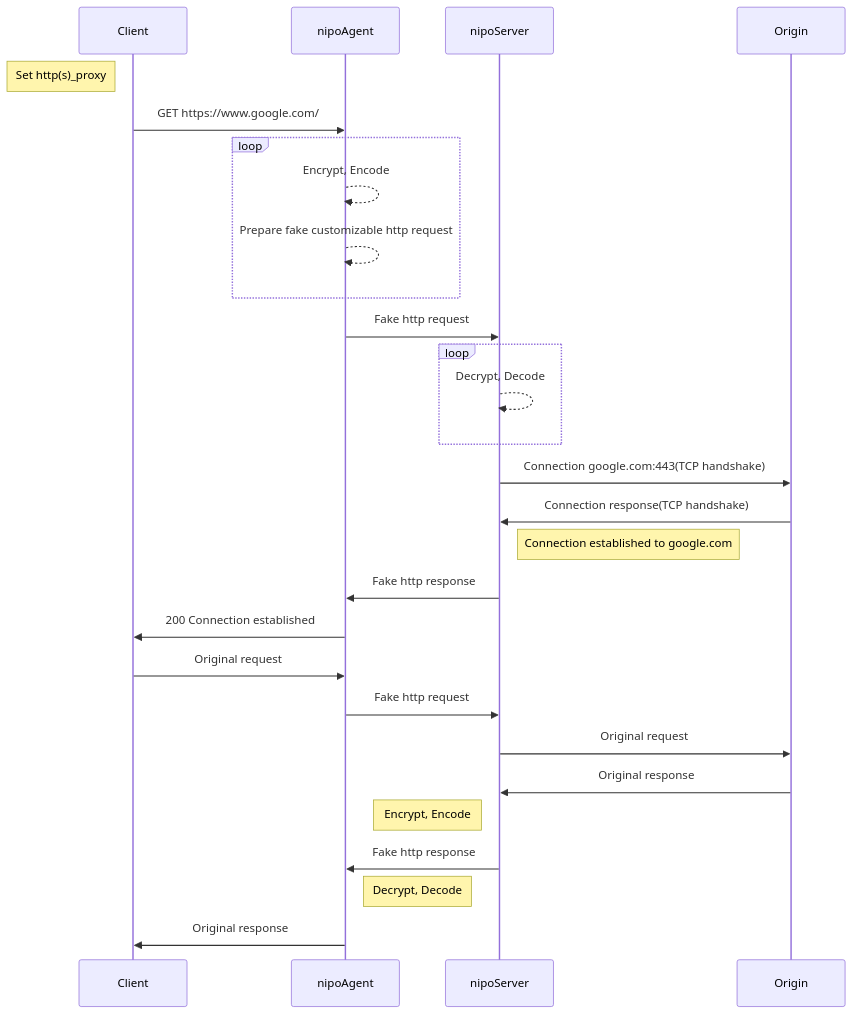
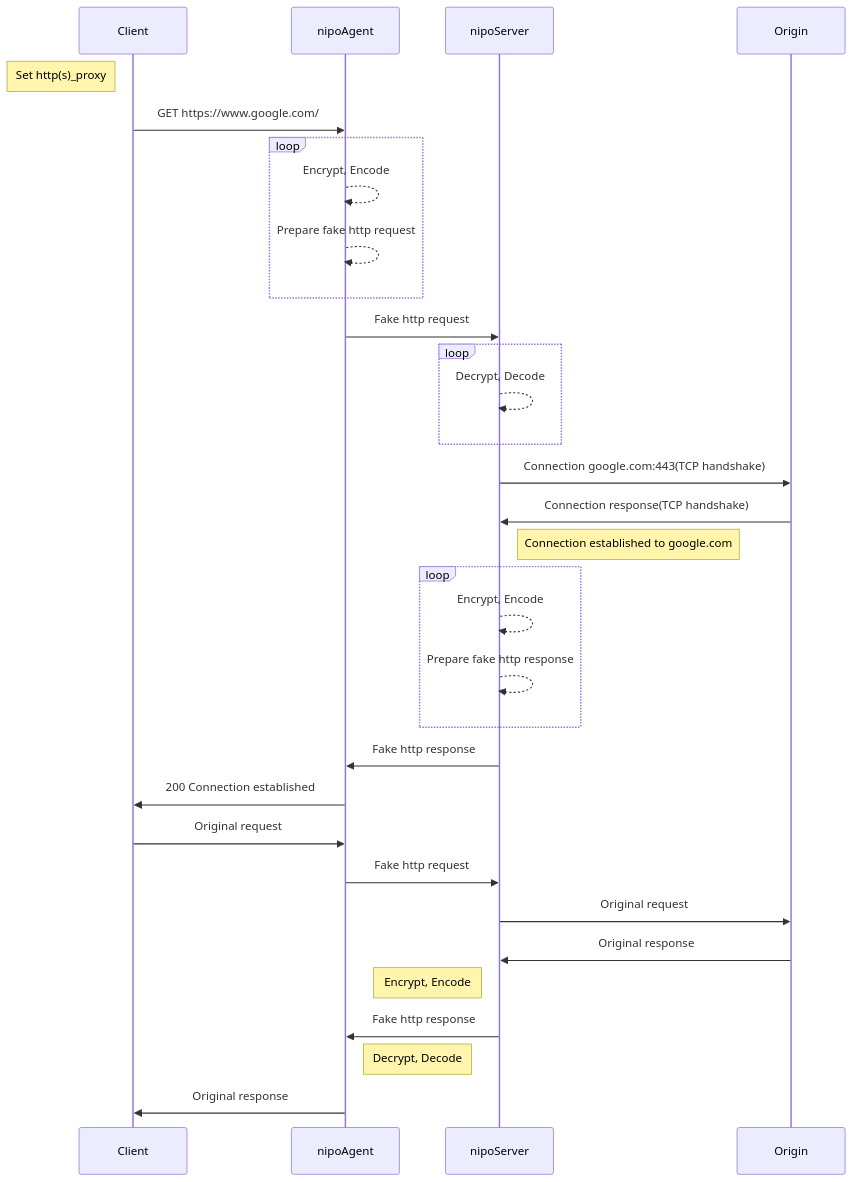
One commit to MortezaBashsiz/nipovpn changed the diagram in README.md. Above: the diagram before and after it, drawn with Mermaid.

Commit message:
Test Readme

````diff
--- a/README.md
+++ b/README.md
@@ -6,28 +6,32 @@
 ```mermaid
 sequenceDiagram
 Note left of Client: Set http(s)_proxy
 Client ->> nipoAgent: GET https://www.google.com/ 
 loop
     nipoAgent-->>nipoAgent: Encrypt, Encode
-    nipoAgent-->>nipoAgent: Prepare fake customizable http request
+    nipoAgent-->>nipoAgent: Prepare fake http request
 end
 nipoAgent ->> nipoServer: Fake http request
 loop
     nipoServer-->>nipoServer: Decrypt, Decode
 end
 nipoServer ->> Origin: Connection google.com:443(TCP handshake)
 Origin ->> nipoServer: Connection response(TCP handshake)
 Note right of nipoServer: Connection established to google.com
+loop
+    nipoServer-->>nipoServer: Encrypt, Encode
+    nipoServer-->>nipoServer: Prepare fake http response
+end
 nipoServer ->> nipoAgent: Fake http response
 nipoAgent ->> Client: 200 Connection established
 Client ->> nipoAgent: Original request
 nipoAgent ->> nipoServer: Fake http request
 nipoServer ->> Origin: Original request
 Origin ->> nipoServer: Original response
 Note left of nipoServer: Encrypt, Encode
 nipoServer ->> nipoAgent: Fake http response
 Note right of nipoAgent: Decrypt, Decode
 nipoAgent ->> Client: Original response
 
 
 ```
````
